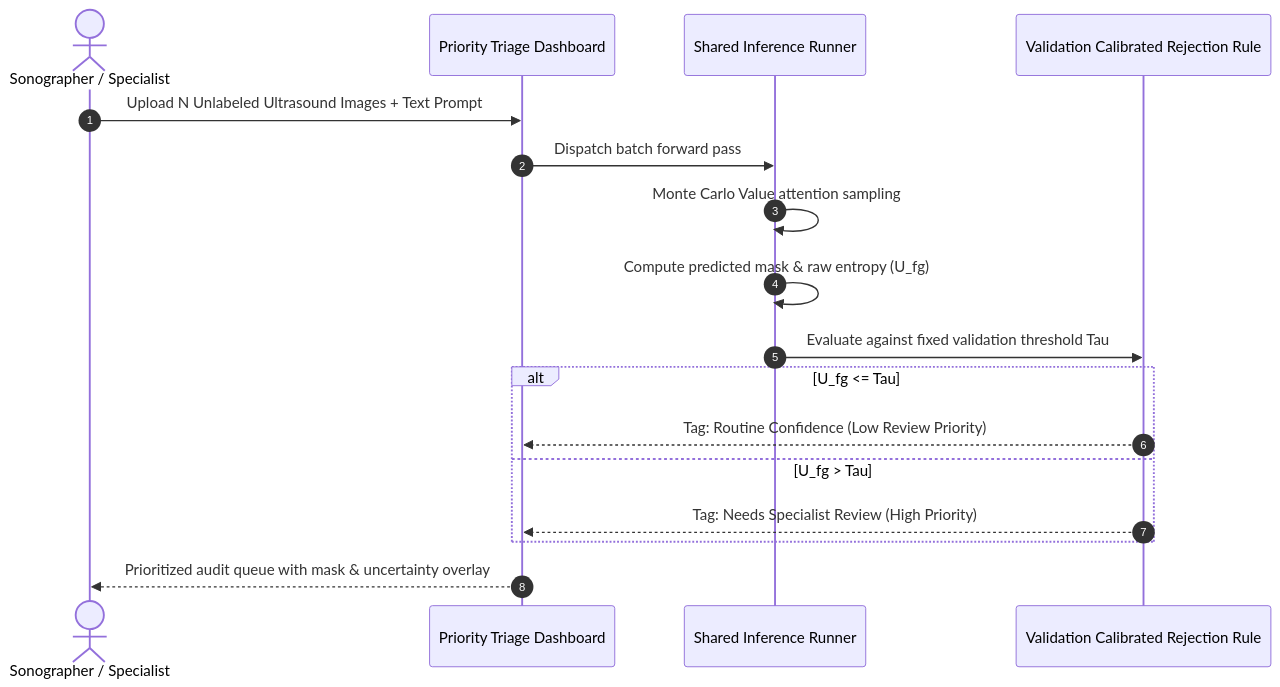
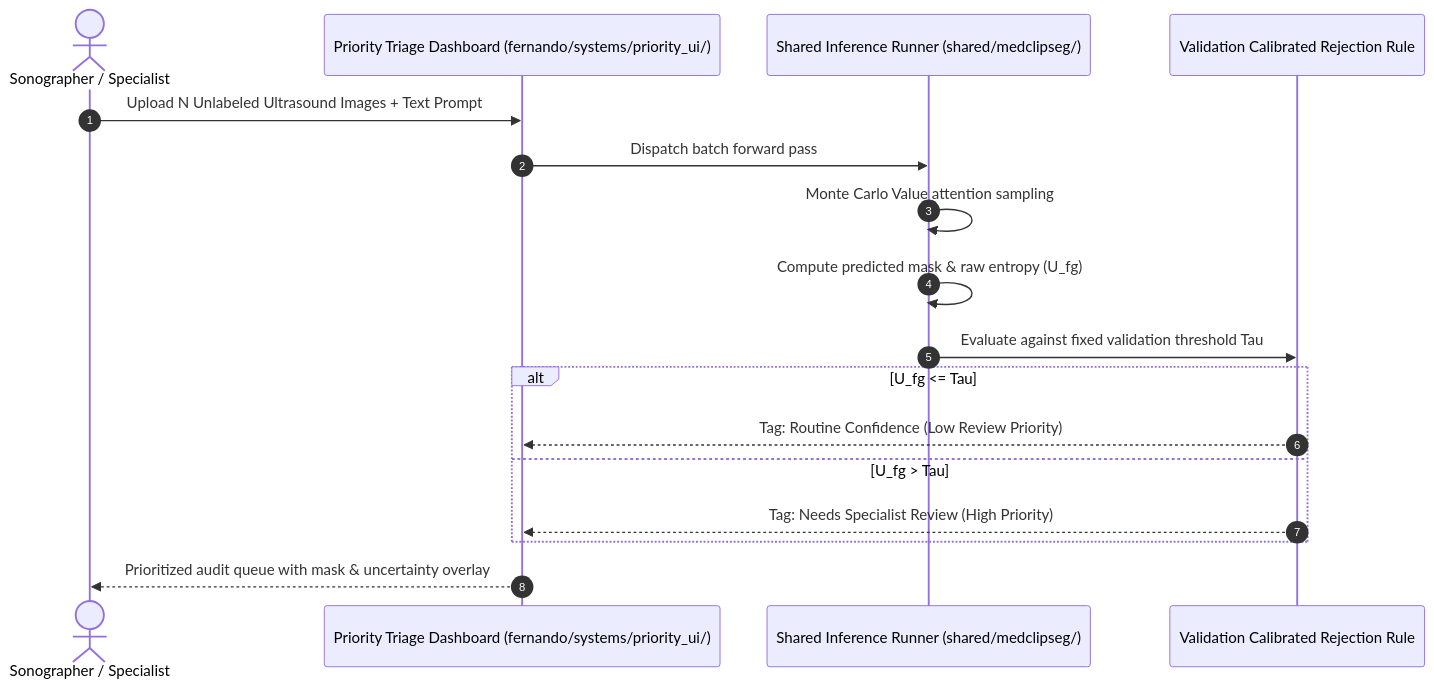
One commit to Fergarciamedina/MedCLIPSeg-plus-plus changed the fourth of 6 diagrams in docs/architecture.md. Above: the diagram before and after it, drawn with Mermaid. The commit also changed other lines of this file and 188 other files, not shown here.

Commit message:
feat(workstreams): reorganize repository by team owner (fernando, ehsan, shared)

````diff
--- a/docs/architecture.md
+++ b/docs/architecture.md
@@ -99,20 +123,20 @@
 ```mermaid
 sequenceDiagram
     autonumber
     actor Clinician as Sonographer / Specialist
-    participant UI as Priority Triage Dashboard
-    participant Backend as Shared Inference Runner
+    participant UI as Priority Triage Dashboard (fernando/systems/priority_ui/)
+    participant Backend as Shared Inference Runner (shared/medclipseg/)
     participant Filter as Validation Calibrated Rejection Rule
 
     Clinician->>UI: Upload N Unlabeled Ultrasound Images + Text Prompt
     UI->>Backend: Dispatch batch forward pass
     Backend->>Backend: Monte Carlo Value attention sampling
     Backend->>Backend: Compute predicted mask & raw entropy (U_fg)
     Backend->>Filter: Evaluate against fixed validation threshold Tau
     alt U_fg <= Tau
         Filter-->>UI: Tag: Routine Confidence (Low Review Priority)
     else U_fg > Tau
         Filter-->>UI: Tag: Needs Specialist Review (High Priority)
     end
     UI-->>Clinician: Prioritized audit queue with mask & uncertainty overlay
 ```
````
